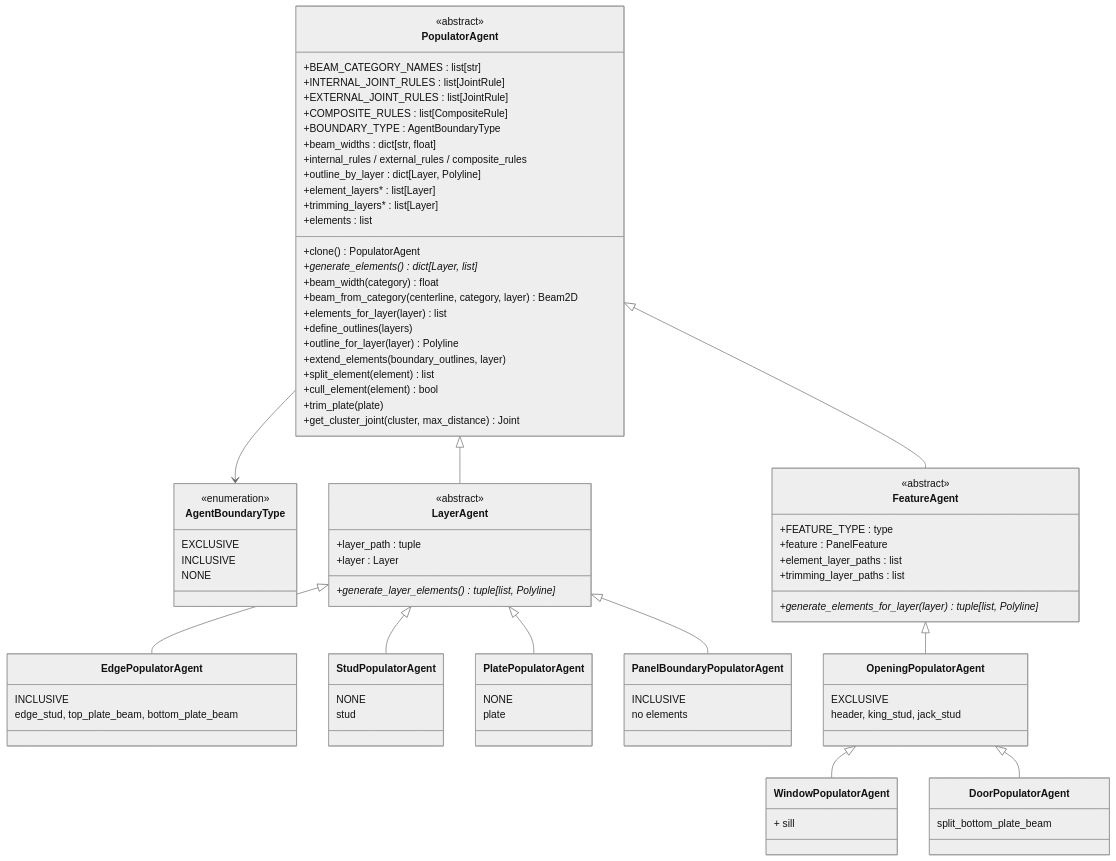
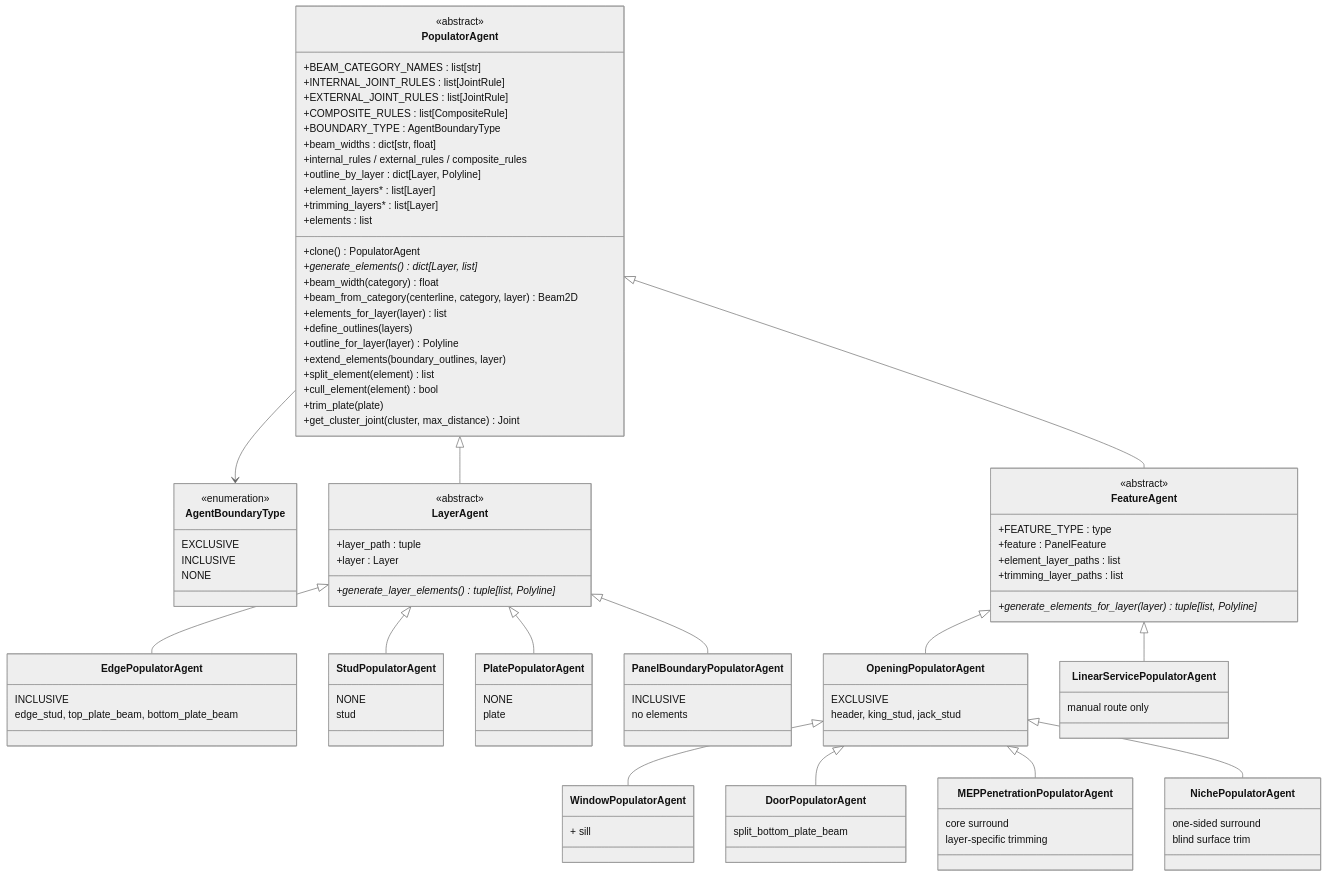
Before and after one commit to gramaziokohler/timber_design: the second of 4 diagrams in docs/contribution/class_diagrams.md, drawn with Mermaid (neutral theme). The commit also changed 65 other files, not shown here.

````diff
--- a/docs/contribution/class_diagrams.md
+++ b/docs/contribution/class_diagrams.md
@@ -154,6 +154,17 @@
     class DoorPopulatorAgent {
         split_bottom_plate_beam
     }
+    class MEPPenetrationPopulatorAgent {
+        core surround
+        layer-specific trimming
+    }
+    class NichePopulatorAgent {
+        one-sided surround
+        blind surface trim
+    }
+    class LinearServicePopulatorAgent {
+        manual route only
+    }
 
     PopulatorAgent <|-- LayerAgent
     PopulatorAgent <|-- FeatureAgent
@@ -165,4 +176,7 @@
     FeatureAgent <|-- OpeningPopulatorAgent
     OpeningPopulatorAgent <|-- WindowPopulatorAgent
     OpeningPopulatorAgent <|-- DoorPopulatorAgent
+    OpeningPopulatorAgent <|-- MEPPenetrationPopulatorAgent
+    OpeningPopulatorAgent <|-- NichePopulatorAgent
+    FeatureAgent <|-- LinearServicePopulatorAgent
 ```
````
